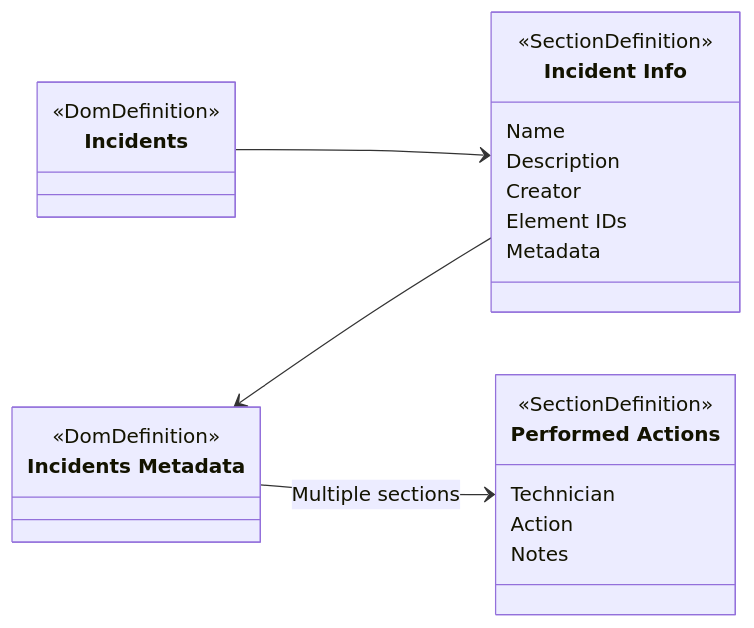
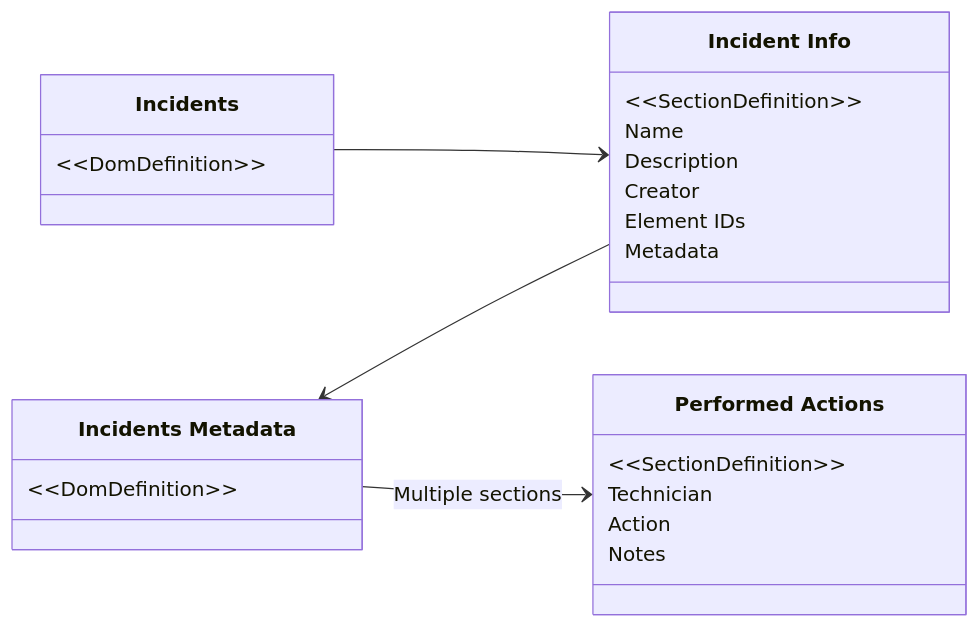
One commit to SkylineCommunications/dataminer-docs changed the second of 2 diagrams in user-guide/Advanced_Modules/DOM/DOM_best_practices.md. Above: the diagram before and after it, drawn with Mermaid. The commit also changed other lines of this file and 35 other files, not shown here.

Commit message:
Fixing mermaid

````diff
--- a/user-guide/Advanced_Modules/DOM/DOM_best_practices.md
+++ b/user-guide/Advanced_Modules/DOM/DOM_best_practices.md
@@ -118,27 +118,27 @@
-<div class="mermaid">
+```mermaid
 classDiagram
     direction RL
     `Incident Info` <-- `Incidents`
     `Performed Actions` <-- `Incidents Metadata` : Multiple sections
     `Incident Info` --> `Incidents Metadata`
     class `Incidents`{
         &lt;&lt;DomDefinition&gt;&gt;
     }
     class `Incidents Metadata`{
         &lt;&lt;DomDefinition&gt;&gt;
     }
     class `Incident Info`{
         &lt;&lt;SectionDefinition&gt;&gt;
         Name
         Description
         Creator
         Element IDs
         Metadata
     }
     class `Performed Actions`{
         &lt;&lt;SectionDefinition&gt;&gt;
         Technician
         Action
         Notes
     }
-</div>
+```
````
